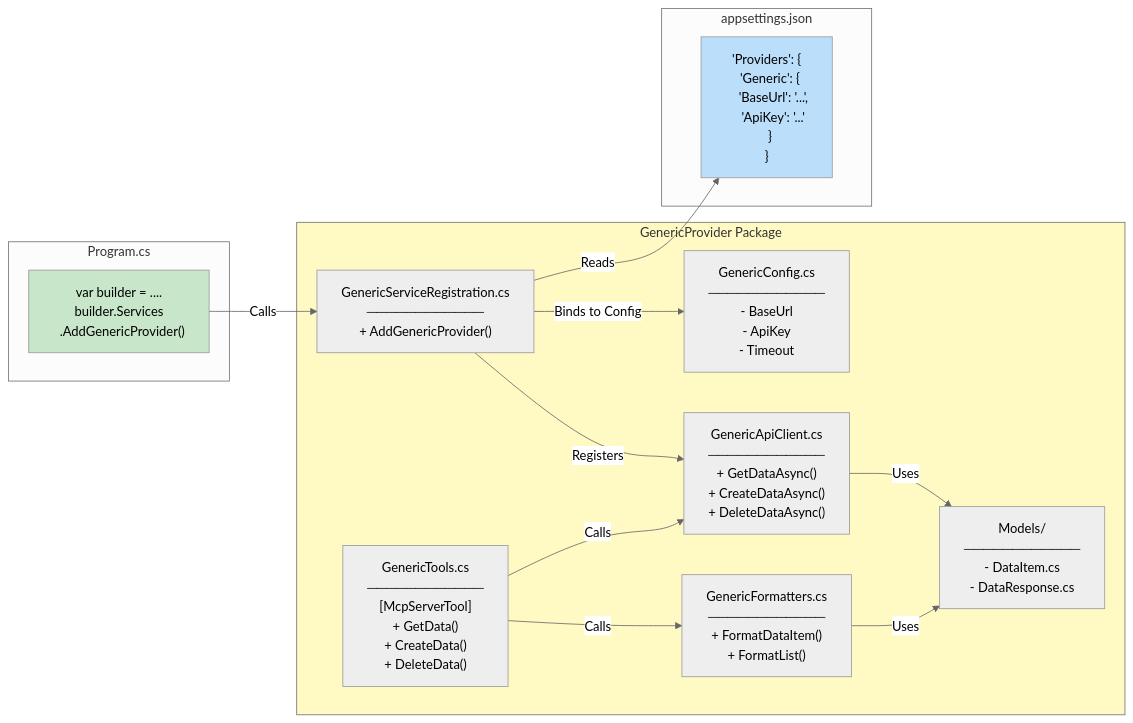
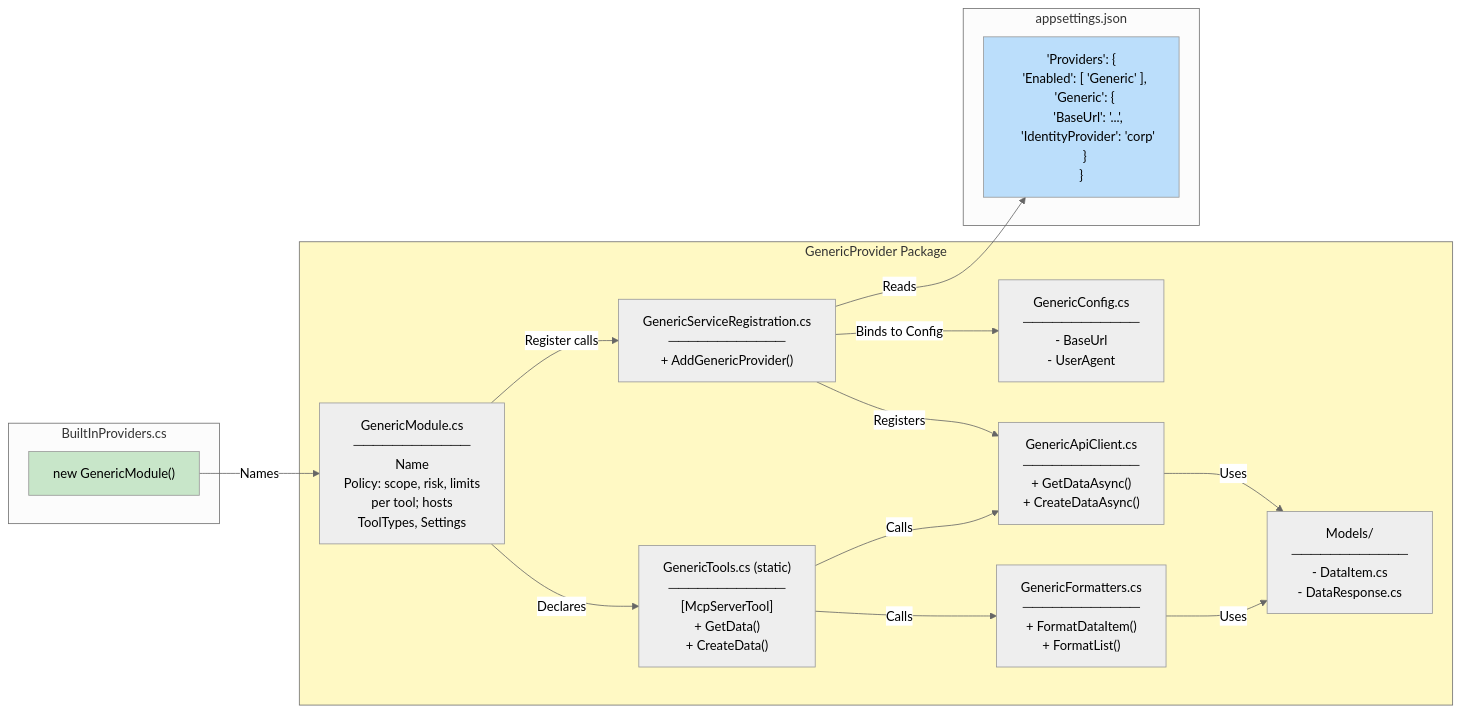
Before and after one commit to oskarc/MCPExtensibleTemplate: the fourth of 10 diagrams in docs/02-ARCHITECTURE-FLOWCHARTS.md, drawn with Mermaid (neutral theme). The commit also changed other lines of this file and 24 other files, not shown here.

````diff
--- a/docs/02-ARCHITECTURE-FLOWCHARTS.md
+++ b/docs/02-ARCHITECTURE-FLOWCHARTS.md
@@ -156,37 +145,41 @@
 ```mermaid
 graph LR
     subgraph GenericProvider["GenericProvider Package"]
-        Config["GenericConfig.cs<br/>────────────<br/>- BaseUrl<br/>- ApiKey<br/>- Timeout"]
-        
-        ApiClient["GenericApiClient.cs<br/>────────────<br/>+ GetDataAsync()<br/>+ CreateDataAsync()<br/>+ DeleteDataAsync()"]
-        
-        Tools["GenericTools.cs<br/>────────────<br/>[McpServerTool]<br/>+ GetData()<br/>+ CreateData()<br/>+ DeleteData()"]
-        
+        Module["GenericModule.cs<br/>────────────<br/>Name<br/>Policy: scope, risk, limits<br/>per tool; hosts<br/>ToolTypes, Settings"]
+
+        Config["GenericConfig.cs<br/>────────────<br/>- BaseUrl<br/>- UserAgent"]
+
+        ApiClient["GenericApiClient.cs<br/>────────────<br/>+ GetDataAsync()<br/>+ CreateDataAsync()"]
+
+        Tools["GenericTools.cs (static)<br/>────────────<br/>[McpServerTool]<br/>+ GetData()<br/>+ CreateData()"]
+
         Models["Models/<br/>────────────<br/>- DataItem.cs<br/>- DataResponse.cs"]
-        
+
         Formatters["GenericFormatters.cs<br/>────────────<br/>+ FormatDataItem()<br/>+ FormatList()"]
-        
+
         DI["GenericServiceRegistration.cs<br/>────────────<br/>+ AddGenericProvider()"]
     end
 
-    subgraph "Program.cs"
-        Program["var builder = ....<br/>builder.Services<br/>&nbsp;&nbsp;.AddGenericProvider()"]
+    subgraph "BuiltInProviders.cs"
+        List["new GenericModule()"]
     end
 
     subgraph "appsettings.json"
-        AppSettings["'Providers': {<br/>&nbsp;&nbsp;'Generic': {<br/>&nbsp;&nbsp;&nbsp;&nbsp;'BaseUrl': '...',<br/>&nbsp;&nbsp;&nbsp;&nbsp;'ApiKey': '...'<br/>&nbsp;&nbsp;}<br/>}"]
+        AppSettings["'Providers': {<br/>&nbsp;&nbsp;'Enabled': [ 'Generic' ],<br/>&nbsp;&nbsp;'Generic': {<br/>&nbsp;&nbsp;&nbsp;&nbsp;'BaseUrl': '...',<br/>&nbsp;&nbsp;&nbsp;&nbsp;'IdentityProvider': 'corp'<br/>&nbsp;&nbsp;}<br/>}"]
     end
 
-    Program -->|Calls| DI
+    List -->|Names| Module
+    Module -->|Register calls| DI
+    Module -->|Declares| Tools
     DI -->|Reads| AppSettings
     DI -->|Binds to Config| Config
     DI -->|Registers| ApiClient
     ApiClient -->|Uses| Models
     Tools -->|Calls| ApiClient
     Tools -->|Calls| Formatters
     Formatters -->|Uses| Models
 
     style GenericProvider fill:#fff9c4
-    style Program fill:#c8e6c9
+    style List fill:#c8e6c9
     style AppSettings fill:#bbdefb
 ```
````
